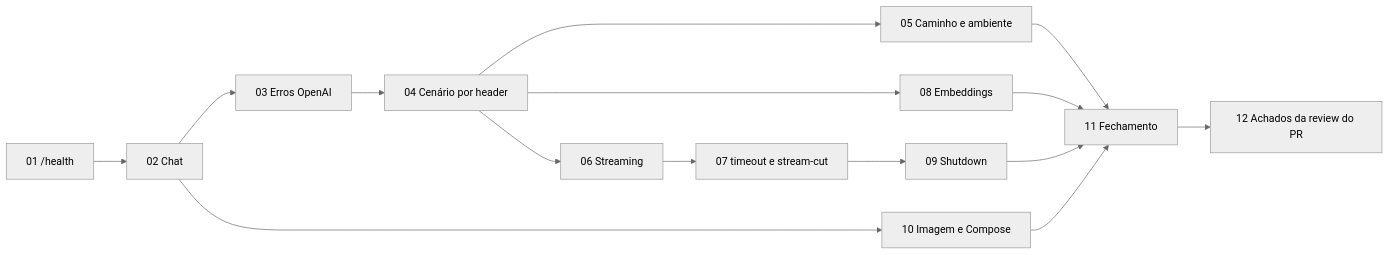
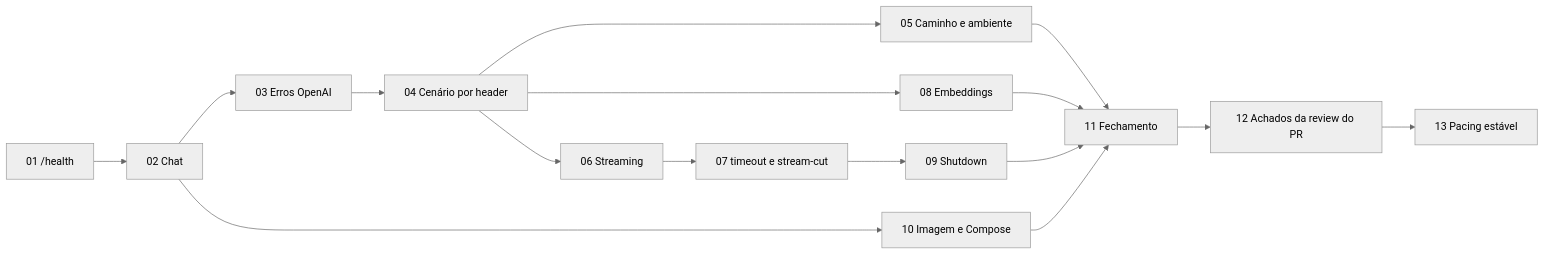
One commit to GuiMarobo/portunus-gateway changed the diagram in docs/specs/e1-provedor-mock/tickets/README.md. Above: the diagram before and after it, drawn with Mermaid (neutral theme). The commit also changed other lines of this file and 2 other files, not shown here.

Commit message:
docs(mock-provider): mark e1-provedor-mock#13 done
Refs: e1-provedor-mock#13

````diff
--- a/docs/specs/e1-provedor-mock/tickets/README.md
+++ b/docs/specs/e1-provedor-mock/tickets/README.md
@@ -24,17 +25,18 @@
 ```mermaid
 flowchart LR
     T01[01 /health] --> T02[02 Chat]
     T02 --> T03[03 Erros OpenAI]
     T03 --> T04[04 Cenário por header]
     T04 --> T05[05 Caminho e ambiente]
     T04 --> T06[06 Streaming]
     T06 --> T07[07 timeout e stream-cut]
     T07 --> T09[09 Shutdown]
     T04 --> T08[08 Embeddings]
     T02 --> T10[10 Imagem e Compose]
     T05 --> T11[11 Fechamento]
     T08 --> T11
     T09 --> T11
     T10 --> T11
     T11 --> T12[12 Achados da review do PR]
+    T12 --> T13[13 Pacing estável]
 ```
````
